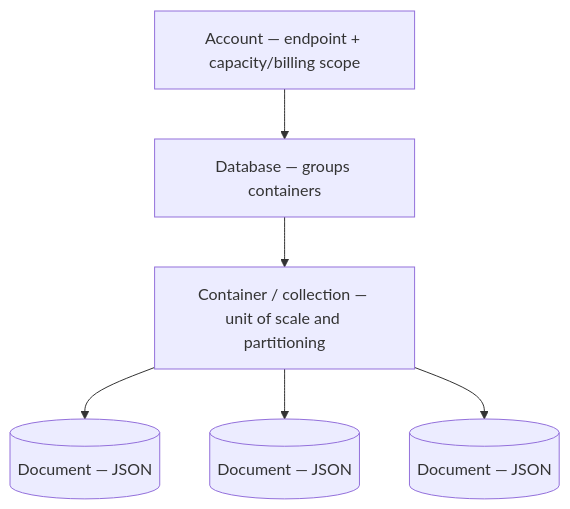
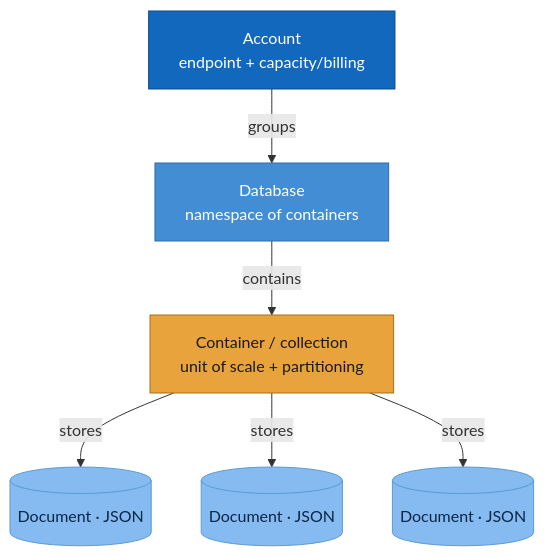
The first of 4 diagrams in docs/guides/cosmosdb-concepts.md (seesathish/AntKart-Src3), drawn with Mermaid before and after one commit. The commit also changed other lines of this file and 4 other files, not shown here.

First line of the commit message:
docs: standardise all concept-guide Mermaid diagrams to one visual standard

````diff
--- a/docs/guides/cosmosdb-concepts.md
+++ b/docs/guides/cosmosdb-concepts.md
@@ -27,9 +27,20 @@
 ```mermaid
-flowchart TD
-    A[Account — endpoint + capacity/billing scope]
-    A --> D[Database — groups containers]
-    D --> C[Container / collection — unit of scale and partitioning]
-    C --> Doc1[(Document — JSON)]
-    C --> Doc2[(Document — JSON)]
-    C --> Doc3[(Document — JSON)]
+flowchart TB
+    A[Account<br/>endpoint + capacity/billing] -->|groups| D[Database<br/>namespace of containers]
+    D -->|contains| C[Container / collection<br/>unit of scale + partitioning]
+    C -->|stores| Doc1[(Document · JSON)]
+    C -->|stores| Doc2[(Document · JSON)]
+    C -->|stores| Doc3[(Document · JSON)]
+
+    classDef actor   fill:#08427B,stroke:#052c54,color:#ffffff;
+    classDef primary fill:#1168BD,stroke:#0b4a87,color:#ffffff;
+    classDef service fill:#438DD5,stroke:#2d6ca3,color:#ffffff;
+    classDef data    fill:#85BBF0,stroke:#5a9bd4,color:#0b2545;
+    classDef external fill:#8B8B8B,stroke:#5f5f5f,color:#ffffff;
+    classDef focus   fill:#E8A33D,stroke:#a96f16,color:#1a1a1a;
+
+    class A primary
+    class D service
+    class C focus
+    class Doc1,Doc2,Doc3 data
 ```
````
